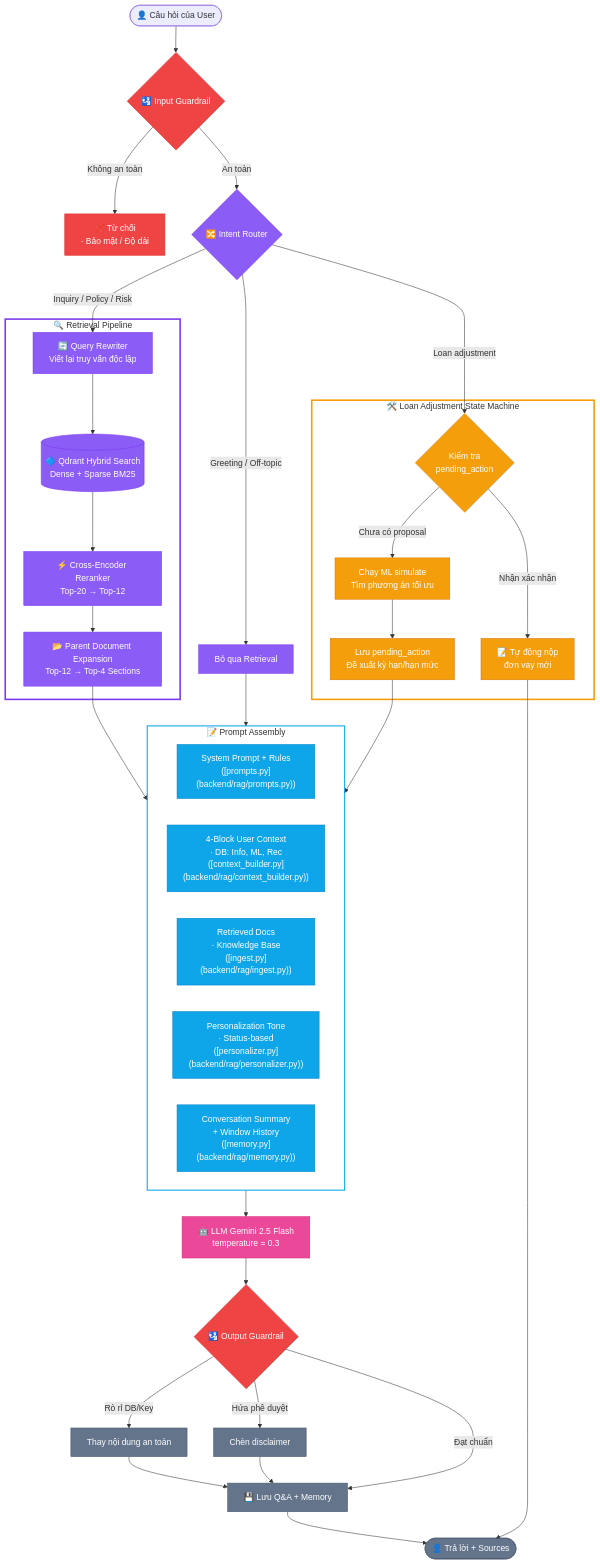
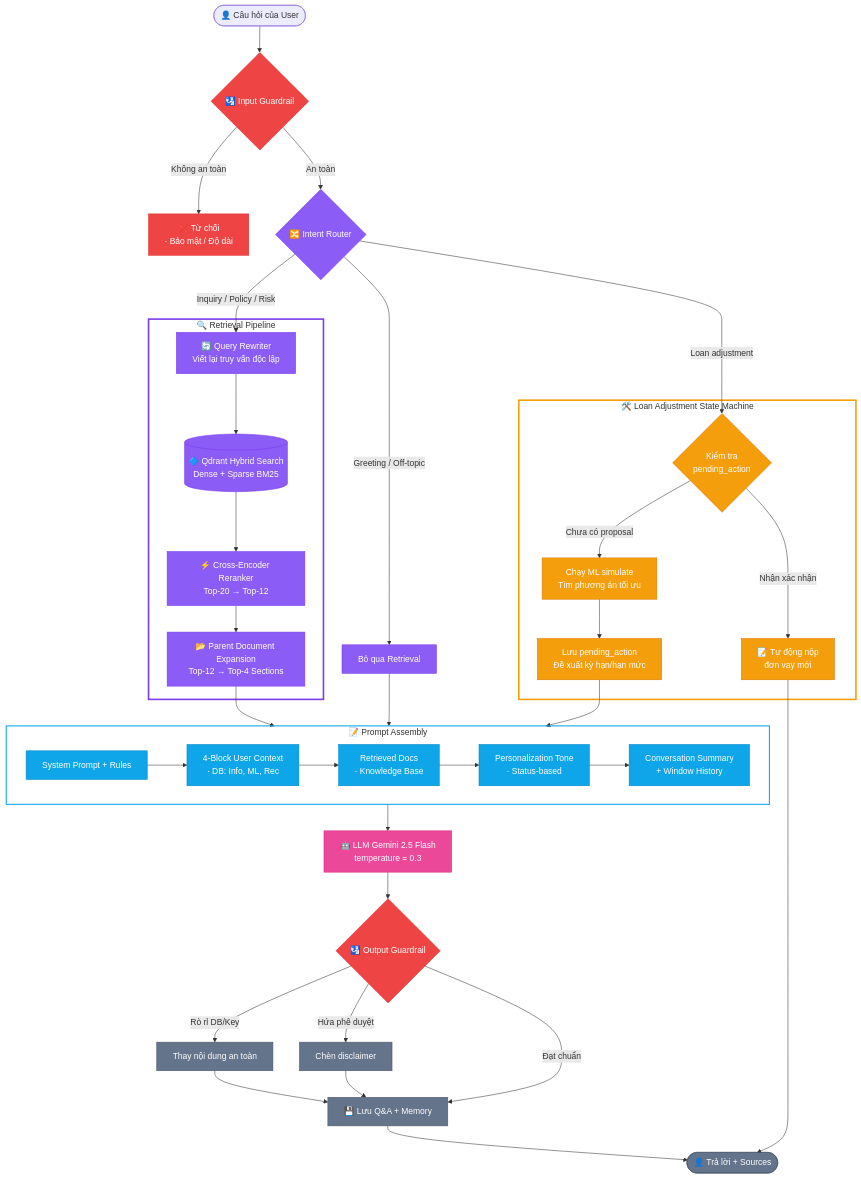
One commit to VTD0102/Loan_ETL changed the second of 3 diagrams in README.md. Above: the diagram before and after it, drawn with Mermaid.

```diff
--- a/README.md
+++ b/README.md
@@ -183,11 +183,13 @@
     IntentRoute -->|Loan adjustment| AdjCheck
 
     subgraph PROMPT["📝 Prompt Assembly"]
-        SysPrompt["System Prompt + Rules\n([prompts.py](backend/rag/prompts.py))"]
-        UserCtx["4-Block User Context\n· DB: Info, ML, Rec\n([context_builder.py](backend/rag/context_builder.py))"]
-        RetContext["Retrieved Docs\n· Knowledge Base\n([ingest.py](backend/rag/ingest.py))"]
-        ToneCtx["Personalization Tone\n· Status-based\n([personalizer.py](backend/rag/personalizer.py))"]
-        ConvMem["Conversation Summary\n+ Window History\n([memory.py](backend/rag/memory.py))"]
+        SysPrompt["System Prompt + Rules"]
+        UserCtx["4-Block User Context\n· DB: Info, ML, Rec"]
+        RetContext["Retrieved Docs\n· Knowledge Base"]
+        ToneCtx["Personalization Tone\n· Status-based"]
+        ConvMem["Conversation Summary\n+ Window History"]
+
+        SysPrompt --> UserCtx --> RetContext --> ToneCtx --> ConvMem
     end
 
     ParentExpand --> PROMPT
@@ -221,6 +223,13 @@
     class AdjCheck,RunAdj,SetPending,ProcessConfirm adj
     class Sanitize,Disclaimer,SaveMsg,UserResponse store
 
+    %% ===== Clickable links =====
+    click SysPrompt href "backend/rag/prompts.py" "System prompt template"
+    click UserCtx href "backend/rag/context_builder.py" "4-block user context builder"
+    click RetContext href "backend/rag/ingest.py" "Knowledge base ingest"
+    click ToneCtx href "backend/rag/personalizer.py" "Status-based personalizer"
+    click ConvMem href "backend/rag/memory.py" "Conversation memory"
+
     %% ===== Subgraph: viền rõ, nền trong suốt =====
     style RETRIEVAL fill:transparent,stroke:#7c3aed,stroke-width:3px
     style LOAN_ADJ fill:transparent,stroke:#f59e0b,stroke-width:3px
```
